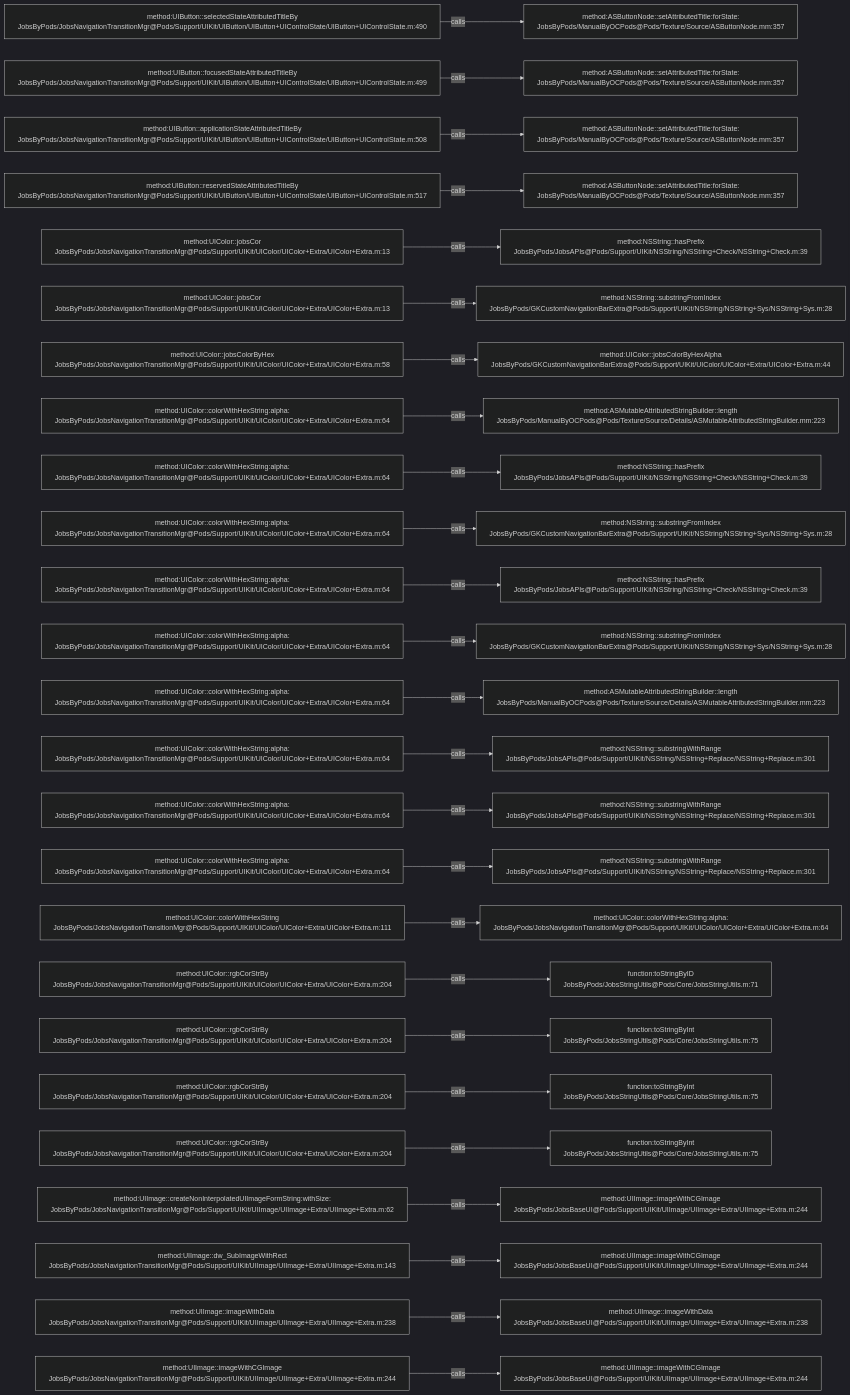
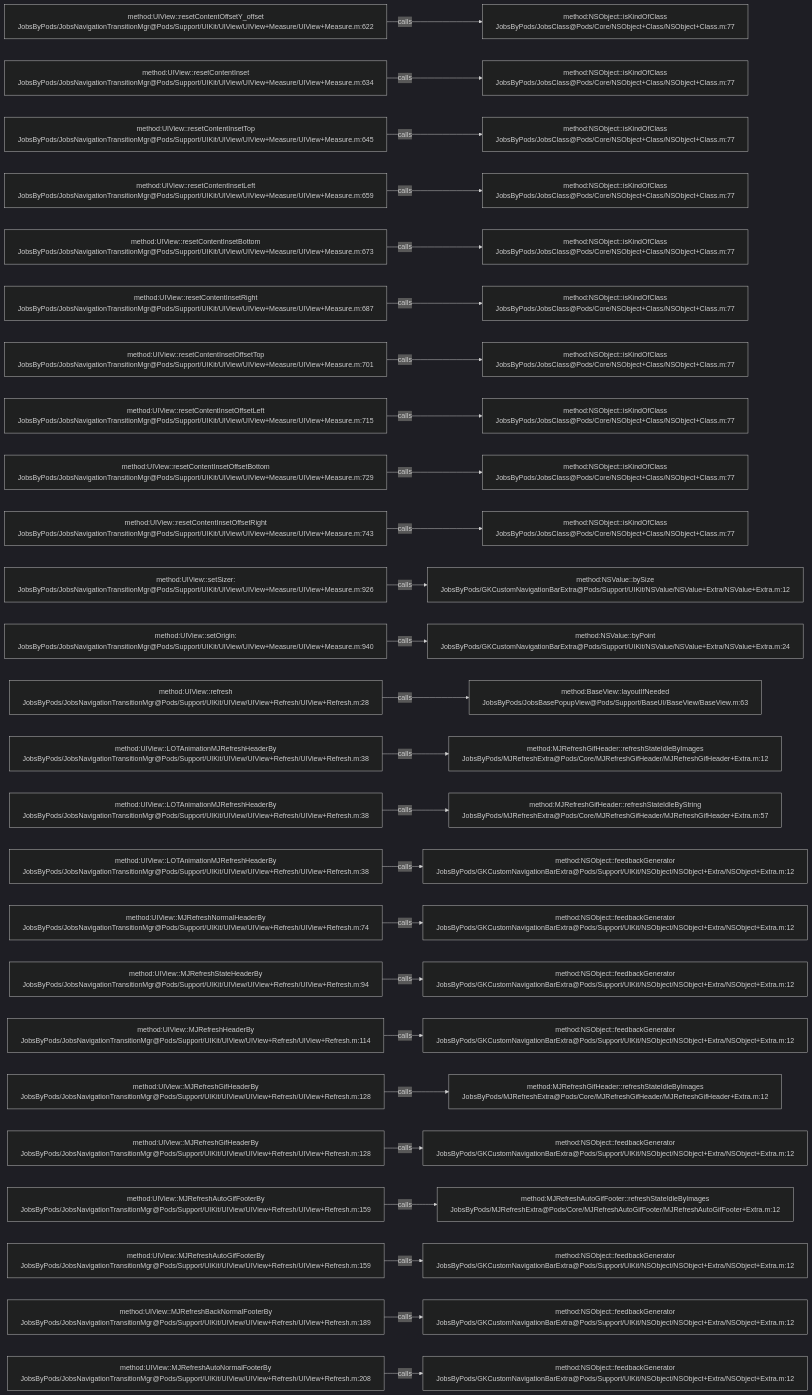
The diagram in .codegraph/codegraph.md/graphs/calls-135.md (JobsKits/JobsOCBaseConfigDemo), drawn with Mermaid (dark theme) before and after one commit. The commit also changed 639 other files, not shown here.

````diff
--- a/.codegraph/codegraph.md/graphs/calls-135.md
+++ b/.codegraph/codegraph.md/graphs/calls-135.md
@@ -13,78 +13,78 @@
 ```mermaid
 flowchart LR
-  S1["method:UIButton::selectedStateAttributedTitleBy<br/>JobsByPods/JobsNavigationTransitionMgr@Pods/Support/UIKit/UIButton/UIButton+UIControlState/UIButton+UIControlState.m:490"]
-  T1["method:ASButtonNode::setAttributedTitle:forState:<br/>JobsByPods/ManualByOCPods@Pods/Texture/Source/ASButtonNode.mm:357"]
+  S1["method:UIView::resetContentOffsetY_offset<br/>JobsByPods/JobsNavigationTransitionMgr@Pods/Support/UIKit/UIView/UIView+Measure/UIView+Measure.m:622"]
+  T1["method:NSObject::isKindOfClass<br/>JobsByPods/JobsClass@Pods/Core/NSObject+Class/NSObject+Class.m:77"]
   S1 -->|calls| T1
-  S2["method:UIButton::focusedStateAttributedTitleBy<br/>JobsByPods/JobsNavigationTransitionMgr@Pods/Support/UIKit/UIButton/UIButton+UIControlState/UIButton+UIControlState.m:499"]
-  T2["method:ASButtonNode::setAttributedTitle:forState:<br/>JobsByPods/ManualByOCPods@Pods/Texture/Source/ASButtonNode.mm:357"]
+  S2["method:UIView::resetContentInset<br/>JobsByPods/JobsNavigationTransitionMgr@Pods/Support/UIKit/UIView/UIView+Measure/UIView+Measure.m:634"]
+  T2["method:NSObject::isKindOfClass<br/>JobsByPods/JobsClass@Pods/Core/NSObject+Class/NSObject+Class.m:77"]
   S2 -->|calls| T2
-  S3["method:UIButton::applicationStateAttributedTitleBy<br/>JobsByPods/JobsNavigationTransitionMgr@Pods/Support/UIKit/UIButton/UIButton+UIControlState/UIButton+UIControlState.m:508"]
-  T3["method:ASButtonNode::setAttributedTitle:forState:<br/>JobsByPods/ManualByOCPods@Pods/Texture/Source/ASButtonNode.mm:357"]
+  S3["method:UIView::resetContentInsetTop<br/>JobsByPods/JobsNavigationTransitionMgr@Pods/Support/UIKit/UIView/UIView+Measure/UIView+Measure.m:645"]
+  T3["method:NSObject::isKindOfClass<br/>JobsByPods/JobsClass@Pods/Core/NSObject+Class/NSObject+Class.m:77"]
   S3 -->|calls| T3
-  S4["method:UIButton::reservedStateAttributedTitleBy<br/>JobsByPods/JobsNavigationTransitionMgr@Pods/Support/UIKit/UIButton/UIButton+UIControlState/UIButton+UIControlState.m:517"]
-  T4["method:ASButtonNode::setAttributedTitle:forState:<br/>JobsByPods/ManualByOCPods@Pods/Texture/Source/ASButtonNode.mm:357"]
+  S4["method:UIView::resetContentInsetLeft<br/>JobsByPods/JobsNavigationTransitionMgr@Pods/Support/UIKit/UIView/UIView+Measure/UIView+Measure.m:659"]
+  T4["method:NSObject::isKindOfClass<br/>JobsByPods/JobsClass@Pods/Core/NSObject+Class/NSObject+Class.m:77"]
   S4 -->|calls| T4
-  S5["method:UIColor::jobsCor<br/>JobsByPods/JobsNavigationTransitionMgr@Pods/Support/UIKit/UIColor/UIColor+Extra/UIColor+Extra.m:13"]
-  T5["method:NSString::hasPrefix<br/>JobsByPods/JobsAPIs@Pods/Support/UIKit/NSString/NSString+Check/NSString+Check.m:39"]
+  S5["method:UIView::resetContentInsetBottom<br/>JobsByPods/JobsNavigationTransitionMgr@Pods/Support/UIKit/UIView/UIView+Measure/UIView+Measure.m:673"]
+  T5["method:NSObject::isKindOfClass<br/>JobsByPods/JobsClass@Pods/Core/NSObject+Class/NSObject+Class.m:77"]
   S5 -->|calls| T5
-  S6["method:UIColor::jobsCor<br/>JobsByPods/JobsNavigationTransitionMgr@Pods/Support/UIKit/UIColor/UIColor+Extra/UIColor+Extra.m:13"]
-  T6["method:NSString::substringFromIndex<br/>JobsByPods/GKCustomNavigationBarExtra@Pods/Support/UIKit/NSString/NSString+Sys/NSString+Sys.m:28"]
+  S6["method:UIView::resetContentInsetRight<br/>JobsByPods/JobsNavigationTransitionMgr@Pods/Support/UIKit/UIView/UIView+Measure/UIView+Measure.m:687"]
+  T6["method:NSObject::isKindOfClass<br/>JobsByPods/JobsClass@Pods/Core/NSObject+Class/NSObject+Class.m:77"]
   S6 -->|calls| T6
-  S7["method:UIColor::jobsColorByHex<br/>JobsByPods/JobsNavigationTransitionMgr@Pods/Support/UIKit/UIColor/UIColor+Extra/UIColor+Extra.m:58"]
-  T7["method:UIColor::jobsColorByHexAlpha<br/>JobsByPods/GKCustomNavigationBarExtra@Pods/Support/UIKit/UIColor/UIColor+Extra/UIColor+Extra.m:44"]
+  S7["method:UIView::resetContentInsetOffsetTop<br/>JobsByPods/JobsNavigationTransitionMgr@Pods/Support/UIKit/UIView/UIView+Measure/UIView+Measure.m:701"]
+  T7["method:NSObject::isKindOfClass<br/>JobsByPods/JobsClass@Pods/Core/NSObject+Class/NSObject+Class.m:77"]
   S7 -->|calls| T7
-  S8["method:UIColor::colorWithHexString:alpha:<br/>JobsByPods/JobsNavigationTransitionMgr@Pods/Support/UIKit/UIColor/UIColor+Extra/UIColor+Extra.m:64"]
-  T8["method:ASMutableAttributedStringBuilder::length<br/>JobsByPods/ManualByOCPods@Pods/Texture/Source/Details/ASMutableAttributedStringBuilder.mm:223"]
+  S8["method:UIView::resetContentInsetOffsetLeft<br/>JobsByPods/JobsNavigationTransitionMgr@Pods/Support/UIKit/UIView/UIView+Measure/UIView+Measure.m:715"]
+  T8["method:NSObject::isKindOfClass<br/>JobsByPods/JobsClass@Pods/Core/NSObject+Class/NSObject+Class.m:77"]
   S8 -->|calls| T8
-  S9["method:UIColor::colorWithHexString:alpha:<br/>JobsByPods/JobsNavigationTransitionMgr@Pods/Support/UIKit/UIColor/UIColor+Extra/UIColor+Extra.m:64"]
-  T9["method:NSString::hasPrefix<br/>JobsByPods/JobsAPIs@Pods/Support/UIKit/NSString/NSString+Check/NSString+Check.m:39"]
+  S9["method:UIView::resetContentInsetOffsetBottom<br/>JobsByPods/JobsNavigationTransitionMgr@Pods/Support/UIKit/UIView/UIView+Measure/UIView+Measure.m:729"]
+  T9["method:NSObject::isKindOfClass<br/>JobsByPods/JobsClass@Pods/Core/NSObject+Class/NSObject+Class.m:77"]
   S9 -->|calls| T9
-  S10["method:UIColor::colorWithHexString:alpha:<br/>JobsByPods/JobsNavigationTransitionMgr@Pods/Support/UIKit/UIColor/UIColor+Extra/UIColor+Extra.m:64"]
-  T10["method:NSString::substringFromIndex<br/>JobsByPods/GKCustomNavigationBarExtra@Pods/Support/UIKit/NSString/NSString+Sys/NSString+Sys.m:28"]
+  S10["method:UIView::resetContentInsetOffsetRight<br/>JobsByPods/JobsNavigationTransitionMgr@Pods/Support/UIKit/UIView/UIView+Measure/UIView+Measure.m:743"]
+  T10["method:NSObject::isKindOfClass<br/>JobsByPods/JobsClass@Pods/Core/NSObject+Class/NSObject+Class.m:77"]
   S10 -->|calls| T10
-  S11["method:UIColor::colorWithHexString:alpha:<br/>JobsByPods/JobsNavigationTransitionMgr@Pods/Support/UIKit/UIColor/UIColor+Extra/UIColor+Extra.m:64"]
-  T11["method:NSString::hasPrefix<br/>JobsByPods/JobsAPIs@Pods/Support/UIKit/NSString/NSString+Check/NSString+Check.m:39"]
+  S11["method:UIView::setSizer:<br/>JobsByPods/JobsNavigationTransitionMgr@Pods/Support/UIKit/UIView/UIView+Measure/UIView+Measure.m:926"]
+  T11["method:NSValue::bySize<br/>JobsByPods/GKCustomNavigationBarExtra@Pods/Support/UIKit/NSValue/NSValue+Extra/NSValue+Extra.m:12"]
   S11 -->|calls| T11
-  S12["method:UIColor::colorWithHexString:alpha:<br/>JobsByPods/JobsNavigationTransitionMgr@Pods/Support/UIKit/UIColor/UIColor+Extra/UIColor+Extra.m:64"]
-  T12["method:NSString::substringFromIndex<br/>JobsByPods/GKCustomNavigationBarExtra@Pods/Support/UIKit/NSString/NSString+Sys/NSString+Sys.m:28"]
+  S12["method:UIView::setOrigin:<br/>JobsByPods/JobsNavigationTransitionMgr@Pods/Support/UIKit/UIView/UIView+Measure/UIView+Measure.m:940"]
+  T12["method:NSValue::byPoint<br/>JobsByPods/GKCustomNavigationBarExtra@Pods/Support/UIKit/NSValue/NSValue+Extra/NSValue+Extra.m:24"]
   S12 -->|calls| T12
-  S13["method:UIColor::colorWithHexString:alpha:<br/>JobsByPods/JobsNavigationTransitionMgr@Pods/Support/UIKit/UIColor/UIColor+Extra/UIColor+Extra.m:64"]
-  T13["method:ASMutableAttributedStringBuilder::length<br/>JobsByPods/ManualByOCPods@Pods/Texture/Source/Details/ASMutableAttributedStringBuilder.mm:223"]
+  S13["method:UIView::refresh<br/>JobsByPods/JobsNavigationTransitionMgr@Pods/Support/UIKit/UIView/UIView+Refresh/UIView+Refresh.m:28"]
+  T13["method:BaseView::layoutIfNeeded<br/>JobsByPods/JobsBasePopupView@Pods/Support/BaseUI/BaseView/BaseView.m:63"]
   S13 -->|calls| T13
-  S14["method:UIColor::colorWithHexString:alpha:<br/>JobsByPods/JobsNavigationTransitionMgr@Pods/Support/UIKit/UIColor/UIColor+Extra/UIColor+Extra.m:64"]
-  T14["method:NSString::substringWithRange<br/>JobsByPods/JobsAPIs@Pods/Support/UIKit/NSString/NSString+Replace/NSString+Replace.m:301"]
+  S14["method:UIView::LOTAnimationMJRefreshHeaderBy<br/>JobsByPods/JobsNavigationTransitionMgr@Pods/Support/UIKit/UIView/UIView+Refresh/UIView+Refresh.m:38"]
+  T14["method:MJRefreshGifHeader::refreshStateIdleByImages<br/>JobsByPods/MJRefreshExtra@Pods/Core/MJRefreshGifHeader/MJRefreshGifHeader+Extra.m:12"]
   S14 -->|calls| T14
-  S15["method:UIColor::colorWithHexString:alpha:<br/>JobsByPods/JobsNavigationTransitionMgr@Pods/Support/UIKit/UIColor/UIColor+Extra/UIColor+Extra.m:64"]
-  T15["method:NSString::substringWithRange<br/>JobsByPods/JobsAPIs@Pods/Support/UIKit/NSString/NSString+Replace/NSString+Replace.m:301"]
+  S15["method:UIView::LOTAnimationMJRefreshHeaderBy<br/>JobsByPods/JobsNavigationTransitionMgr@Pods/Support/UIKit/UIView/UIView+Refresh/UIView+Refresh.m:38"]
+  T15["method:MJRefreshGifHeader::refreshStateIdleByString<br/>JobsByPods/MJRefreshExtra@Pods/Core/MJRefreshGifHeader/MJRefreshGifHeader+Extra.m:57"]
   S15 -->|calls| T15
-  S16["method:UIColor::colorWithHexString:alpha:<br/>JobsByPods/JobsNavigationTransitionMgr@Pods/Support/UIKit/UIColor/UIColor+Extra/UIColor+Extra.m:64"]
-  T16["method:NSString::substringWithRange<br/>JobsByPods/JobsAPIs@Pods/Support/UIKit/NSString/NSString+Replace/NSString+Replace.m:301"]
+  S16["method:UIView::LOTAnimationMJRefreshHeaderBy<br/>JobsByPods/JobsNavigationTransitionMgr@Pods/Support/UIKit/UIView/UIView+Refresh/UIView+Refresh.m:38"]
+  T16["method:NSObject::feedbackGenerator<br/>JobsByPods/GKCustomNavigationBarExtra@Pods/Support/UIKit/NSObject/NSObject+Extra/NSObject+Extra.m:12"]
   S16 -->|calls| T16
-  S17["method:UIColor::colorWithHexString<br/>JobsByPods/JobsNavigationTransitionMgr@Pods/Support/UIKit/UIColor/UIColor+Extra/UIColor+Extra.m:111"]
-  T17["method:UIColor::colorWithHexString:alpha:<br/>JobsByPods/JobsNavigationTransitionMgr@Pods/Support/UIKit/UIColor/UIColor+Extra/UIColor+Extra.m:64"]
+  S17["method:UIView::MJRefreshNormalHeaderBy<br/>JobsByPods/JobsNavigationTransitionMgr@Pods/Support/UIKit/UIView/UIView+Refresh/UIView+Refresh.m:74"]
+  T17["method:NSObject::feedbackGenerator<br/>JobsByPods/GKCustomNavigationBarExtra@Pods/Support/UIKit/NSObject/NSObject+Extra/NSObject+Extra.m:12"]
   S17 -->|calls| T17
-  S18["method:UIColor::rgbCorStrBy<br/>JobsByPods/JobsNavigationTransitionMgr@Pods/Support/UIKit/UIColor/UIColor+Extra/UIColor+Extra.m:204"]
-  T18["function:toStringByID<br/>JobsByPods/JobsStringUtils@Pods/Core/JobsStringUtils.m:71"]
+  S18["method:UIView::MJRefreshStateHeaderBy<br/>JobsByPods/JobsNavigationTransitionMgr@Pods/Support/UIKit/UIView/UIView+Refresh/UIView+Refresh.m:94"]
+  T18["method:NSObject::feedbackGenerator<br/>JobsByPods/GKCustomNavigationBarExtra@Pods/Support/UIKit/NSObject/NSObject+Extra/NSObject+Extra.m:12"]
   S18 -->|calls| T18
-  S19["method:UIColor::rgbCorStrBy<br/>JobsByPods/JobsNavigationTransitionMgr@Pods/Support/UIKit/UIColor/UIColor+Extra/UIColor+Extra.m:204"]
-  T19["function:toStringByInt<br/>JobsByPods/JobsStringUtils@Pods/Core/JobsStringUtils.m:75"]
+  S19["method:UIView::MJRefreshHeaderBy<br/>JobsByPods/JobsNavigationTransitionMgr@Pods/Support/UIKit/UIView/UIView+Refresh/UIView+Refresh.m:114"]
+  T19["method:NSObject::feedbackGenerator<br/>JobsByPods/GKCustomNavigationBarExtra@Pods/Support/UIKit/NSObject/NSObject+Extra/NSObject+Extra.m:12"]
   S19 -->|calls| T19
-  S20["method:UIColor::rgbCorStrBy<br/>JobsByPods/JobsNavigationTransitionMgr@Pods/Support/UIKit/UIColor/UIColor+Extra/UIColor+Extra.m:204"]
-  T20["function:toStringByInt<br/>JobsByPods/JobsStringUtils@Pods/Core/JobsStringUtils.m:75"]
+  S20["method:UIView::MJRefreshGifHeaderBy<br/>JobsByPods/JobsNavigationTransitionMgr@Pods/Support/UIKit/UIView/UIView+Refresh/UIView+Refresh.m:128"]
+  T20["method:MJRefreshGifHeader::refreshStateIdleByImages<br/>JobsByPods/MJRefreshExtra@Pods/Core/MJRefreshGifHeader/MJRefreshGifHeader+Extra.m:12"]
   S20 -->|calls| T20
-  S21["method:UIColor::rgbCorStrBy<br/>JobsByPods/JobsNavigationTransitionMgr@Pods/Support/UIKit/UIColor/UIColor+Extra/UIColor+Extra.m:204"]
-  T21["function:toStringByInt<br/>JobsByPods/JobsStringUtils@Pods/Core/JobsStringUtils.m:75"]
+  S21["method:UIView::MJRefreshGifHeaderBy<br/>JobsByPods/JobsNavigationTransitionMgr@Pods/Support/UIKit/UIView/UIView+Refresh/UIView+Refresh.m:128"]
+  T21["method:NSObject::feedbackGenerator<br/>JobsByPods/GKCustomNavigationBarExtra@Pods/Support/UIKit/NSObject/NSObject+Extra/NSObject+Extra.m:12"]
   S21 -->|calls| T21
-  S22["method:UIImage::createNonInterpolatedUIImageFormString:withSize:<br/>JobsByPods/JobsNavigationTransitionMgr@Pods/Support/UIKit/UIImage/UIImage+Extra/UIImage+Extra.m:62"]
-  T22["method:UIImage::imageWithCGImage<br/>JobsByPods/JobsBaseUI@Pods/Support/UIKit/UIImage/UIImage+Extra/UIImage+Extra.m:244"]
+  S22["method:UIView::MJRefreshAutoGifFooterBy<br/>JobsByPods/JobsNavigationTransitionMgr@Pods/Support/UIKit/UIView/UIView+Refresh/UIView+Refresh.m:159"]
+  T22["method:MJRefreshAutoGifFooter::refreshStateIdleByImages<br/>JobsByPods/MJRefreshExtra@Pods/Core/MJRefreshAutoGifFooter/MJRefreshAutoGifFooter+Extra.m:12"]
   S22 -->|calls| T22
-  S23["method:UIImage::dw_SubImageWithRect<br/>JobsByPods/JobsNavigationTransitionMgr@Pods/Support/UIKit/UIImage/UIImage+Extra/UIImage+Extra.m:143"]
-  T23["method:UIImage::imageWithCGImage<br/>JobsByPods/JobsBaseUI@Pods/Support/UIKit/UIImage/UIImage+Extra/UIImage+Extra.m:244"]
+  S23["method:UIView::MJRefreshAutoGifFooterBy<br/>JobsByPods/JobsNavigationTransitionMgr@Pods/Support/UIKit/UIView/UIView+Refresh/UIView+Refresh.m:159"]
+  T23["method:NSObject::feedbackGenerator<br/>JobsByPods/GKCustomNavigationBarExtra@Pods/Support/UIKit/NSObject/NSObject+Extra/NSObject+Extra.m:12"]
   S23 -->|calls| T23
-  S24["method:UIImage::imageWithData<br/>JobsByPods/JobsNavigationTransitionMgr@Pods/Support/UIKit/UIImage/UIImage+Extra/UIImage+Extra.m:238"]
-  T24["method:UIImage::imageWithData<br/>JobsByPods/JobsBaseUI@Pods/Support/UIKit/UIImage/UIImage+Extra/UIImage+Extra.m:238"]
+  S24["method:UIView::MJRefreshBackNormalFooterBy<br/>JobsByPods/JobsNavigationTransitionMgr@Pods/Support/UIKit/UIView/UIView+Refresh/UIView+Refresh.m:189"]
+  T24["method:NSObject::feedbackGenerator<br/>JobsByPods/GKCustomNavigationBarExtra@Pods/Support/UIKit/NSObject/NSObject+Extra/NSObject+Extra.m:12"]
   S24 -->|calls| T24
-  S25["method:UIImage::imageWithCGImage<br/>JobsByPods/JobsNavigationTransitionMgr@Pods/Support/UIKit/UIImage/UIImage+Extra/UIImage+Extra.m:244"]
-  T25["method:UIImage::imageWithCGImage<br/>JobsByPods/JobsBaseUI@Pods/Support/UIKit/UIImage/UIImage+Extra/UIImage+Extra.m:244"]
+  S25["method:UIView::MJRefreshAutoNormalFooterBy<br/>JobsByPods/JobsNavigationTransitionMgr@Pods/Support/UIKit/UIView/UIView+Refresh/UIView+Refresh.m:208"]
+  T25["method:NSObject::feedbackGenerator<br/>JobsByPods/GKCustomNavigationBarExtra@Pods/Support/UIKit/NSObject/NSObject+Extra/NSObject+Extra.m:12"]
   S25 -->|calls| T25
 ```
````
